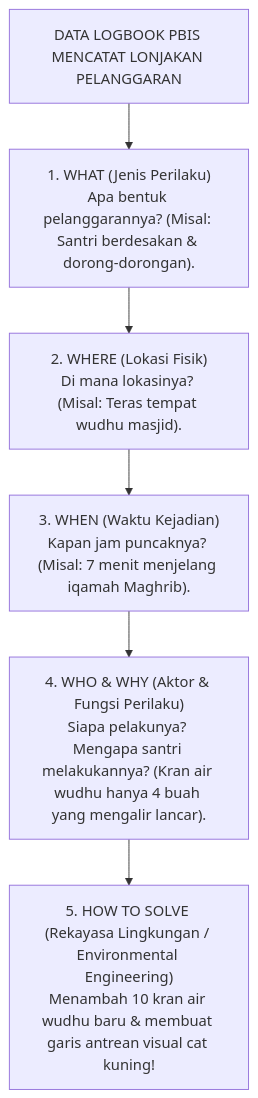
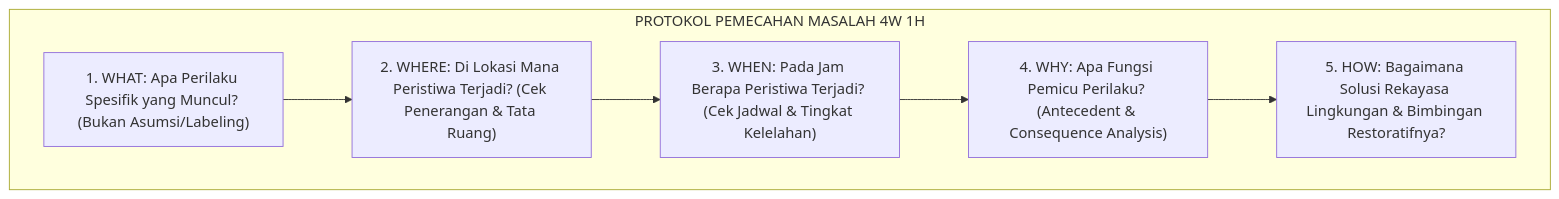
One commit to wandiapriliyandi/tumbuh changed the third of 4 diagrams in 02 Principles/01 Core Principles/P2-01-05-Prinsip-Sistemik-Multi-Tier-PBIS.md. Above: the diagram before and after it, drawn with Mermaid. The commit also changed other lines of this file and 7 other files, not shown here.

````diff
--- a/02 Principles/01 Core Principles/P2-01-05-Prinsip-Sistemik-Multi-Tier-PBIS.md
+++ b/02 Principles/01 Core Principles/P2-01-05-Prinsip-Sistemik-Multi-Tier-PBIS.md
@@ -222,13 +159,10 @@
 ```mermaid
 flowchart TD
-    DataRaw["DATA LOGBOOK PBIS MENCATAT LONJAKAN PELANGGARAN"]
-    --> W1["1. WHAT (Jenis Perilaku)<br/>Apa bentuk pelanggarannya? (Misal: Santri berdesakan & dorong-dorongan)."]
-    
-    W1 --> W2["2. WHERE (Lokasi Fisik)<br/>Di mana lokasinya? (Misal: Teras tempat wudhu masjid)."]
-    
-    W2 --> W3["3. WHEN (Waktu Kejadian)<br/>Kapan jam puncaknya? (Misal: 7 menit menjelang iqamah Maghrib)."]
-    
-    W3 --> W4["4. WHO & WHY (Aktor & Fungsi Perilaku)<br/>Siapa pelakunya? Mengapa santri melakukannya? (Kran air wudhu hanya 4 buah yang mengalir lancar)."]
-    
-    W4 --> H1["5. HOW TO SOLVE (Rekayasa Lingkungan / Environmental Engineering)<br/>Menambah 10 kran air wudhu baru & membuat garis antrean visual cat kuning!"]
+    subgraph ProtokolAnalisis4W1H["PROTOKOL PEMECAHAN MASALAH 4W 1H"]
+        What["1. WHAT: Apa Perilaku Spesifik yang Muncul? (Bukan Asumsi/Labeling)"]
+        --> Where["2. WHERE: Di Lokasi Mana Peristiwa Terjadi? (Cek Penerangan & Tata Ruang)"]
+        --> When["3. WHEN: Pada Jam Berapa Peristiwa Terjadi? (Cek Jadwal & Tingkat Kelelahan)"]
+        --> Why["4. WHY: Apa Fungsi Pemicu Perilaku? (Antecedent & Consequence Analysis)"]
+        --> Solution["5. HOW: Bagaimana Solusi Rekayasa Lingkungan & Bimbingan Restoratifnya?"]
+    end
 ```
````
